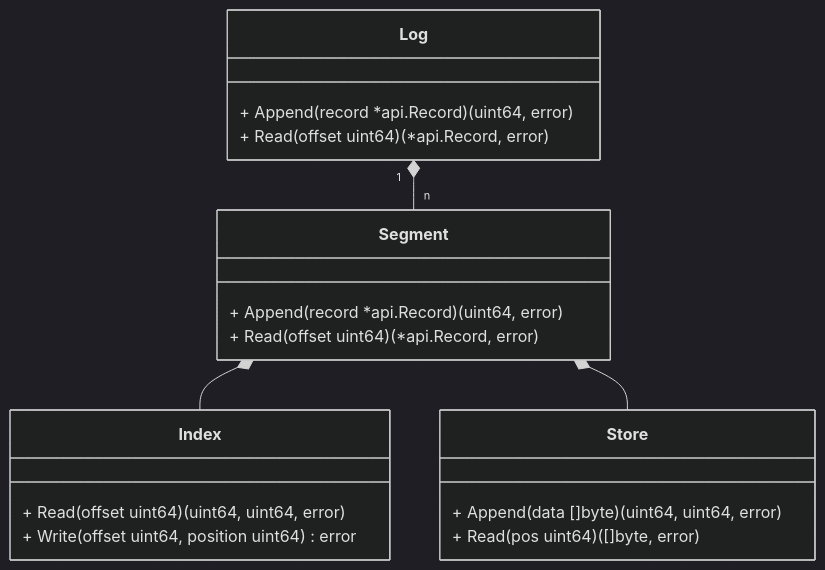
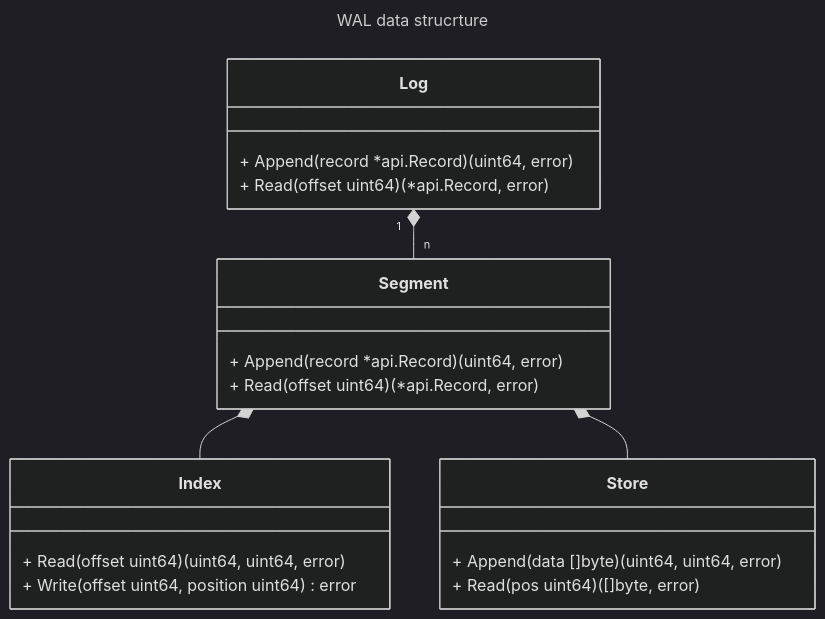
The diagram in README.md (yongsheng1992/yawal), drawn with Mermaid (dark theme) before and after one commit. The commit also changed other lines of this file, not shown here.

````diff
--- a/README.md
+++ b/README.md
@@ -12,26 +12,29 @@
 ```mermaid
+---
+title: WAL data strucrture
+---
 classDiagram
     class Log {
         + Append(record *api.Record) (uint64, error)
         + Read(offset uint64) (*api.Record, error)
     }
 
     class Segment {
         + Append(record *api.Record) (uint64, error)
         + Read(offset uint64) (*api.Record, error)
     }
 
     class Index {
         + Read(offset uint64) (uint64, uint64, error)
         + Write(offset uint64, position uint64) error
     }
 
     class Store {
         + Append(data []byte) (uint64, uint64, error)
         + Read(pos uint64) ([]byte, error)
     }
 
     Log "1" *-- "n" Segment
     Segment *-- Index
     Segment *-- Store
 ```
````
